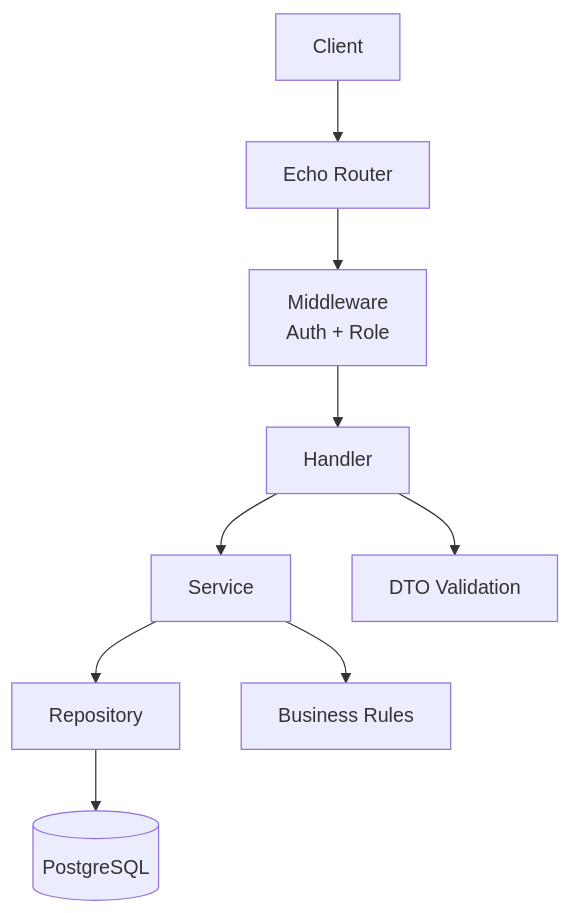
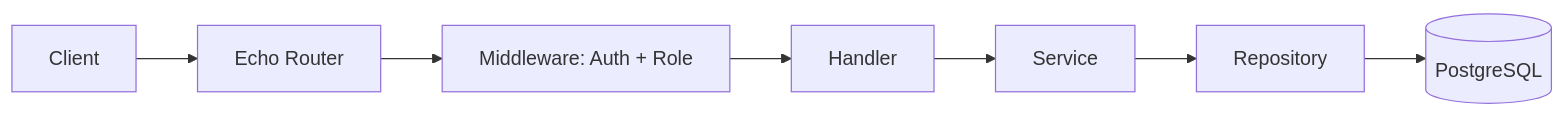
One commit to khokan/spot-sync-backend changed the diagram in README.md. Above: the diagram before and after it, drawn with Mermaid. The commit also changed other lines of this file and 1 other file, not shown here.

````diff
--- a/README.md
+++ b/README.md
@@ -41,12 +45,9 @@
 ```mermaid
-flowchart TD
+flowchart LR
 	A[Client] --> B[Echo Router]
-	B --> C[Middleware<br/>Auth + Role]
+	B --> C[Middleware: Auth + Role]
 	C --> D[Handler]
 	D --> E[Service]
 	E --> F[Repository]
 	F --> G[(PostgreSQL)]
-
-	D --> H[DTO Validation]
-	E --> I[Business Rules]
 ```
````
